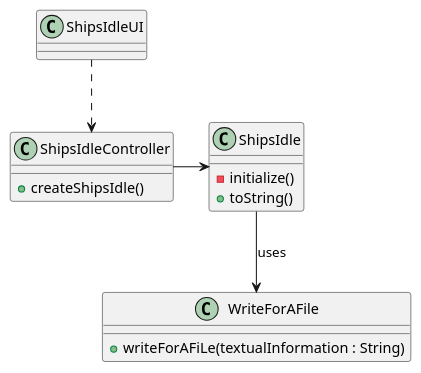
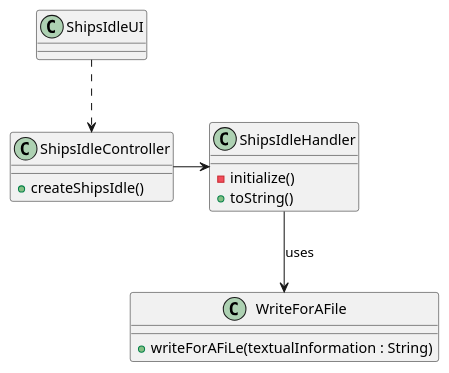
One commit to 0franciscor/lapr3-2021-g042 changed the diagram in docs/US404/US404_CD.puml. Above: the diagram before and after it, drawn with PlantUML. The commit also changed 21 other files, not shown here.

```diff
--- a/docs/US404/US404_CD.puml
+++ b/docs/US404/US404_CD.puml
@@ -1,24 +1,24 @@
 @startuml
 'https://plantuml.com/sequence-diagram
 
 class ShipsIdleUI{
 }
 
 class ShipsIdleController{
 + createShipsIdle()
 }
 
 
-class ShipsIdle {
+class ShipsIdleHandler{
 - initialize()
 + toString()
 }
 
 class WriteForAFile{
 + writeForAFiLe(textualInformation : String)
 }
 
 ShipsIdleUI ..> ShipsIdleController
-ShipsIdleController-> ShipsIdle
-ShipsIdle --> WriteForAFile : uses
+ShipsIdleController-> ShipsIdleHandler
+ShipsIdleHandler --> WriteForAFile : uses
 @enduml
```
